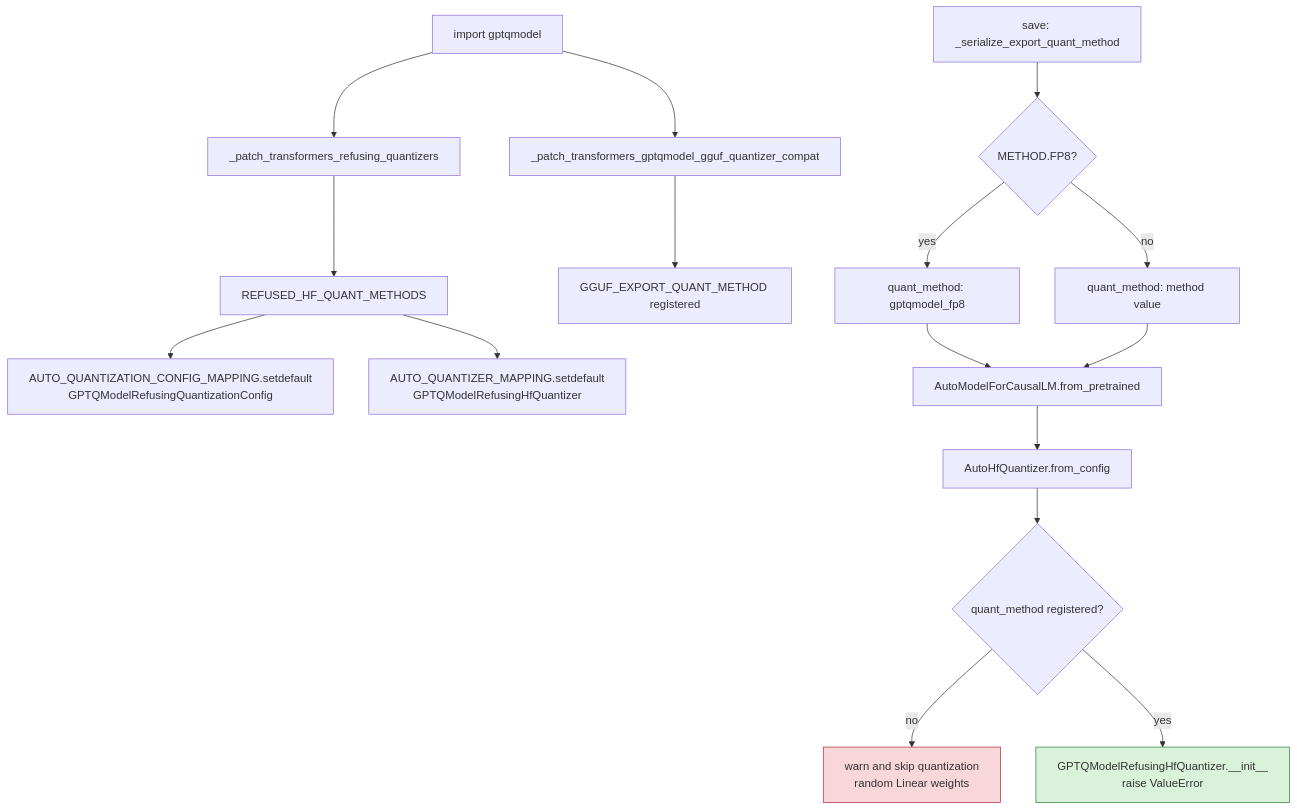
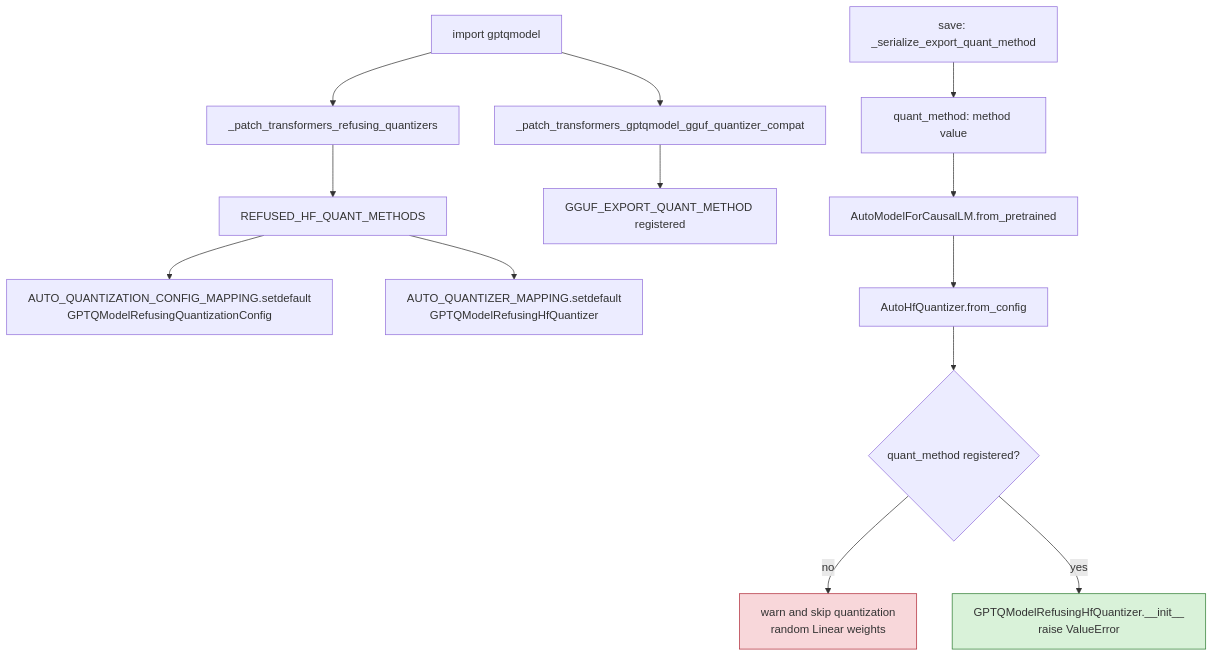
The eighth of 10 diagrams in docs/hf-interop.md (ModelCloud/GPTQModel), drawn with Mermaid before and after one commit. The commit also changed other lines of this file and 58 other files, not shown here.

First line of the commit message:
feat(fp8): make FP8 load-only and remove the invented gptqmodel_fp8 export

````diff
--- a/docs/hf-interop.md
+++ b/docs/hf-interop.md
@@ -261,20 +262,17 @@
 ```mermaid
 flowchart TD
     A["import gptqmodel"] --> B["_patch_transformers_refusing_quantizers"]
     B --> C["REFUSED_HF_QUANT_METHODS"]
     C --> D["AUTO_QUANTIZATION_CONFIG_MAPPING.setdefault<br/>GPTQModelRefusingQuantizationConfig"]
     C --> E["AUTO_QUANTIZER_MAPPING.setdefault<br/>GPTQModelRefusingHfQuantizer"]
     A --> F["_patch_transformers_gptqmodel_gguf_quantizer_compat"]
     F --> F2["GGUF_EXPORT_QUANT_METHOD registered"]
-    S["save: _serialize_export_quant_method"] --> S2{"METHOD.FP8?"}
-    S2 -- yes --> S4["quant_method: gptqmodel_fp8"]
-    S2 -- no --> S5["quant_method: method value"]
-    S4 --> G
+    S["save: _serialize_export_quant_method"] --> S5["quant_method: method value"]
     S5 --> G
     G["AutoModelForCausalLM.from_pretrained"] --> H["AutoHfQuantizer.from_config"]
     H --> I{"quant_method registered?"}
     I -- no --> J["warn and skip quantization<br/>random Linear weights"]
     I -- yes --> K["GPTQModelRefusingHfQuantizer.__init__<br/>raise ValueError"]
     style J fill:#f8d7da,stroke:#b02a37
     style K fill:#d9f2d9,stroke:#2e7d32
 ```
````
